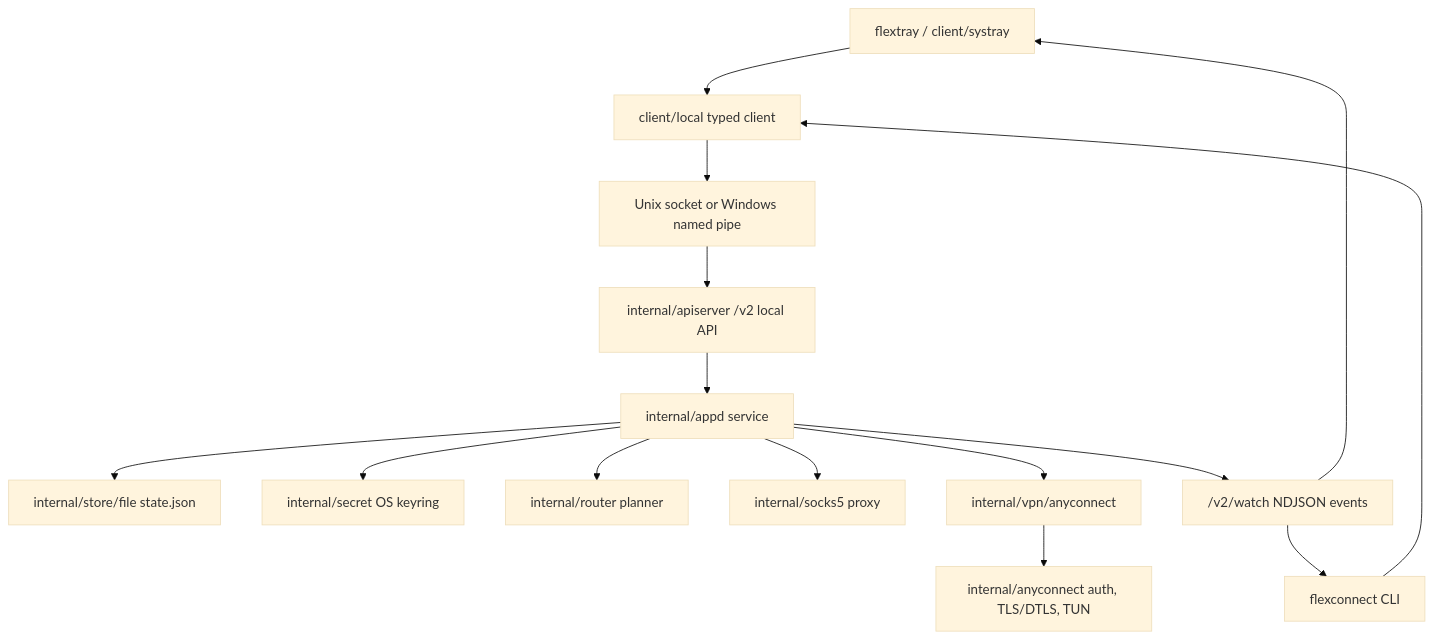
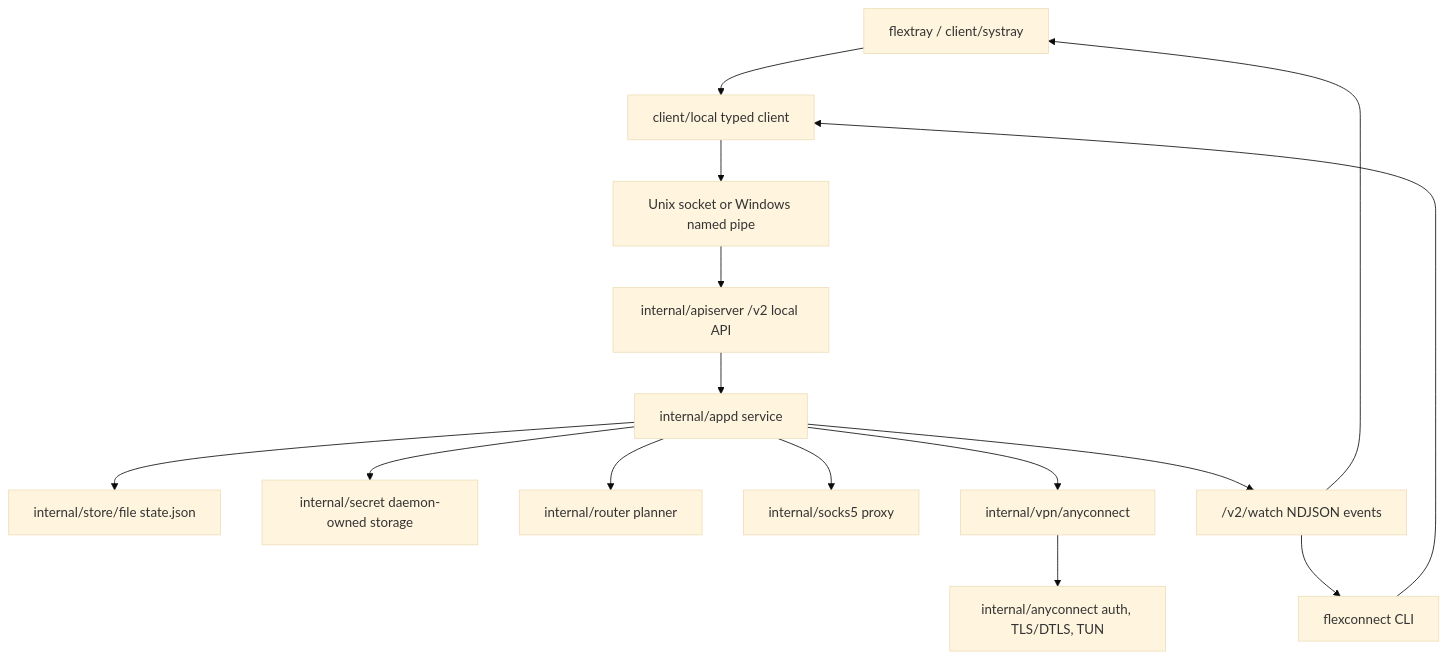
One commit to nanakusa-electronics/FlexConnect changed the diagram in AGENTS.md. Above: the diagram before and after it, drawn with Mermaid (base theme). The commit also changed other lines of this file and 10 other files, not shown here.

Commit message:
fix: use daemon-owned secret storage on Linux (v1.3.5)

````diff
--- a/AGENTS.md
+++ b/AGENTS.md
@@ -190,17 +190,17 @@
 ```mermaid
 flowchart TD
   Tray["flextray / client/systray"] --> LocalClient["client/local typed client"]
   CLI["flexconnect CLI"] --> LocalClient
   LocalClient --> IPC["Unix socket or Windows named pipe"]
   IPC --> API["internal/apiserver /v2 local API"]
   API --> Daemon["internal/appd service"]
   Daemon --> Store["internal/store/file state.json"]
-  Daemon --> Secrets["internal/secret OS keyring"]
+  Daemon --> Secrets["internal/secret daemon-owned storage"]
   Daemon --> Router["internal/router planner"]
   Daemon --> Socks["internal/socks5 proxy"]
   Daemon --> Backend["internal/vpn/anyconnect"]
   Backend --> AC["internal/anyconnect auth, TLS/DTLS, TUN"]
   Daemon --> Watch["/v2/watch NDJSON events"]
   Watch --> Tray
   Watch --> CLI
 ```
````
